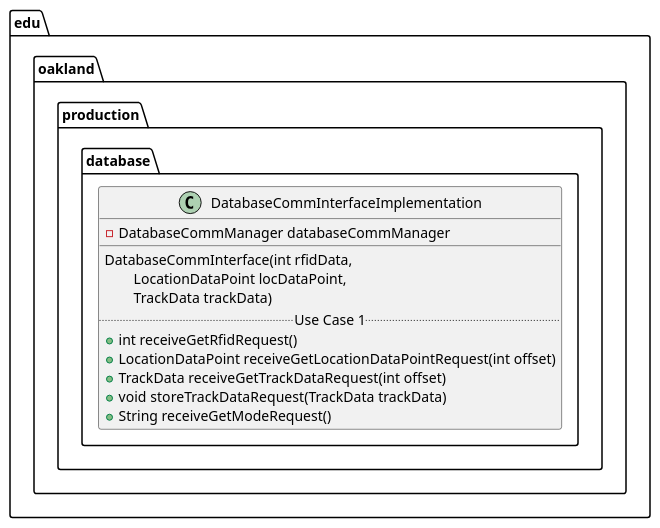
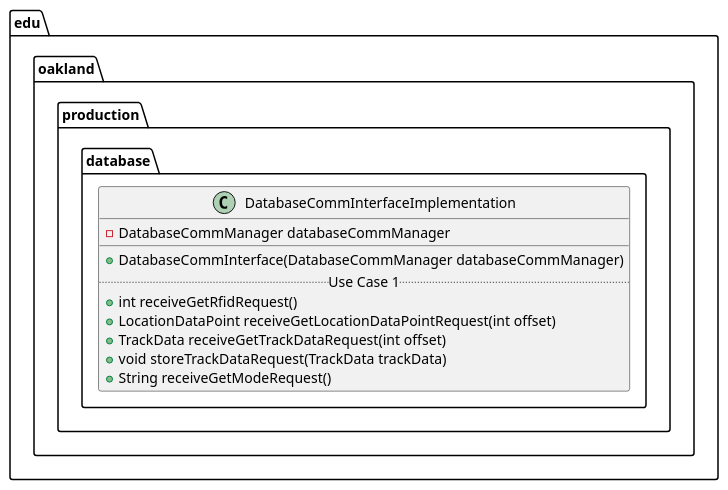
One commit to elilley15/csi-3370-software-project changed the diagram in docs/uml-class-diagrams/database/production/DatabaseCommInterfaceImplementation/DatabaseCommInterfaceImplementation.puml. Above: the diagram before and after it, drawn with PlantUML. The commit also changed 37 other files, not shown here.

First line of the commit message:
[Database] Define DatabaseCommInterfaceTests (#83)

```diff
--- a/docs/uml-class-diagrams/database/production/DatabaseCommInterfaceImplementation/DatabaseCommInterfaceImplementation.puml
+++ b/docs/uml-class-diagrams/database/production/DatabaseCommInterfaceImplementation/DatabaseCommInterfaceImplementation.puml
@@ -1,19 +1,17 @@
 @startuml DatabaseCommInterfaceImplementation
 
 package edu.oakland.production.database {
     class DatabaseCommInterfaceImplementation {
         - DatabaseCommManager databaseCommManager
         __
-        DatabaseCommInterface(int rfidData, 
-        \tLocationDataPoint locDataPoint,
-        \tTrackData trackData)
+        + DatabaseCommInterface(DatabaseCommManager databaseCommManager)
         .. Use Case 1 ..
         + int receiveGetRfidRequest()
         + LocationDataPoint receiveGetLocationDataPointRequest(int offset)
         + TrackData receiveGetTrackDataRequest(int offset)
         + void storeTrackDataRequest(TrackData trackData)
         + String receiveGetModeRequest()
     }
 }
 
 @enduml
```
